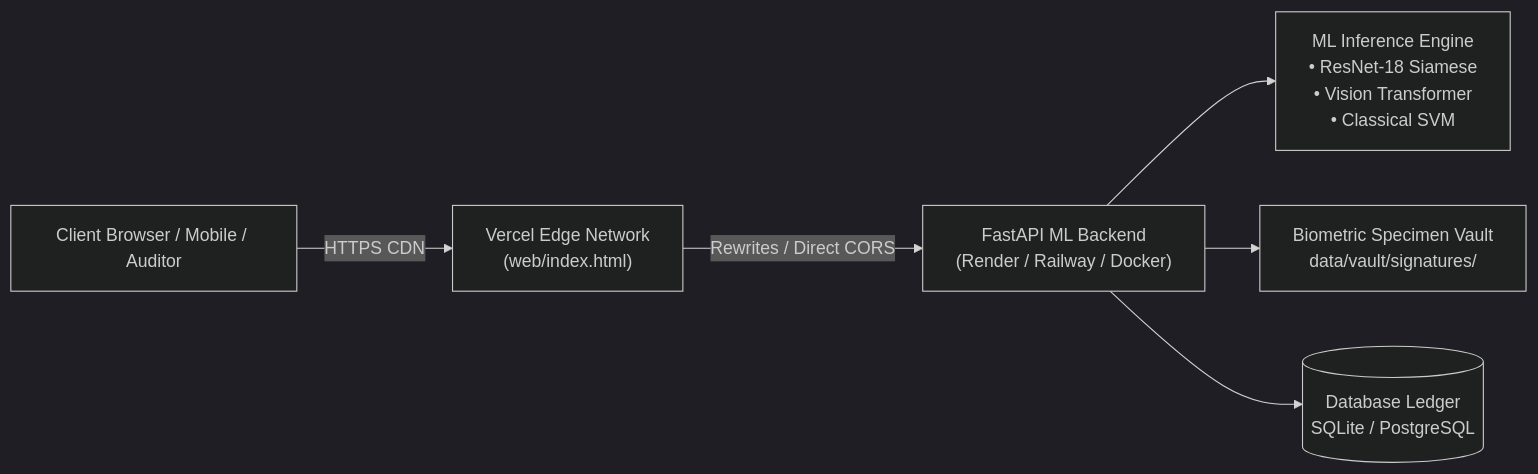
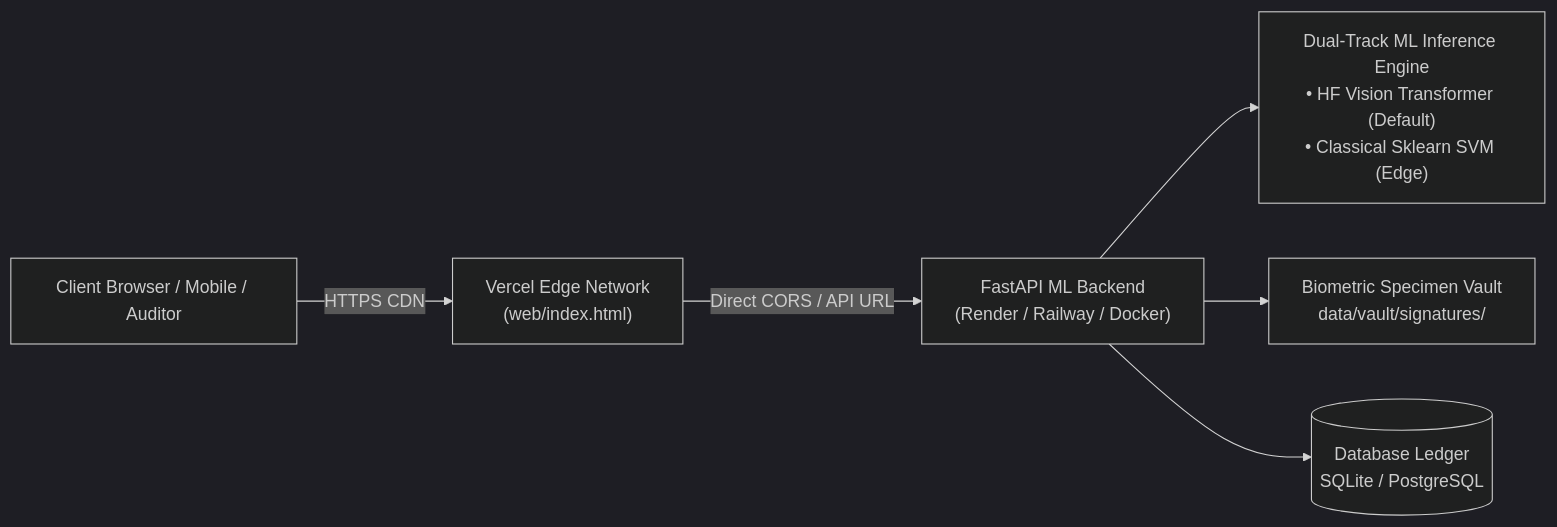
Before and after one commit to neeravjain91-jpg/signature-v: the diagram in docs/VERCEL_DEPLOYMENT_GUIDE.md, drawn with Mermaid (dark theme). The commit also changed other lines of this file and 1 other file, not shown here.

Commit message:
fix(deployment): sync root index.html with Dual-Track VMAKE UI and update Vercel deployment docs

````diff
--- a/docs/VERCEL_DEPLOYMENT_GUIDE.md
+++ b/docs/VERCEL_DEPLOYMENT_GUIDE.md
@@ -18,8 +18,8 @@
 ```mermaid
 flowchart LR
     User["Client Browser / Mobile / Auditor"] -->|HTTPS CDN| Vercel["Vercel Edge Network<br/>(web/index.html)"]
-    Vercel -->|Rewrites / Direct CORS| Backend["FastAPI ML Backend<br/>(Render / Railway / Docker)"]
-    Backend --> ML["ML Inference Engine<br/>• ResNet-18 Siamese<br/>• Vision Transformer<br/>• Classical SVM"]
+    Vercel -->|Direct CORS / API URL| Backend["FastAPI ML Backend<br/>(Render / Railway / Docker)"]
+    Backend --> ML["Dual-Track ML Inference Engine<br/>• HF Vision Transformer (Default)<br/>• Classical Sklearn SVM (Edge)"]
     Backend --> Vault["Biometric Specimen Vault<br/>data/vault/signatures/"]
     Backend --> DB[("Database Ledger<br/>SQLite / PostgreSQL")]
 ```
````
